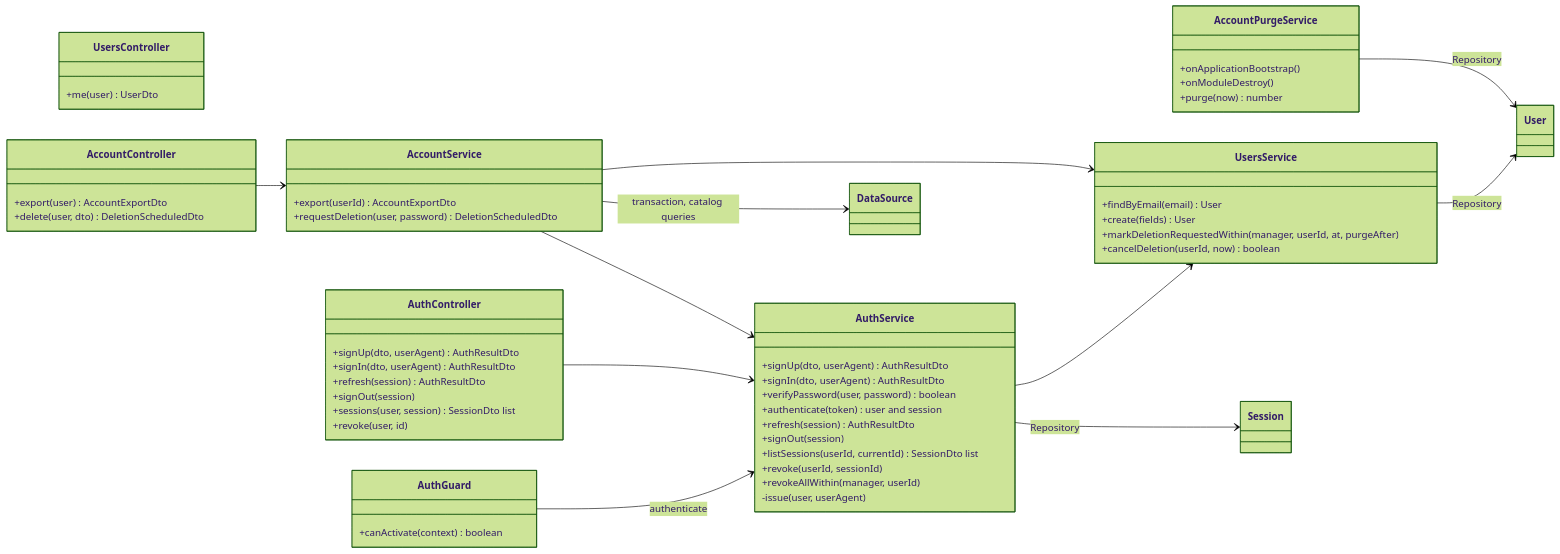
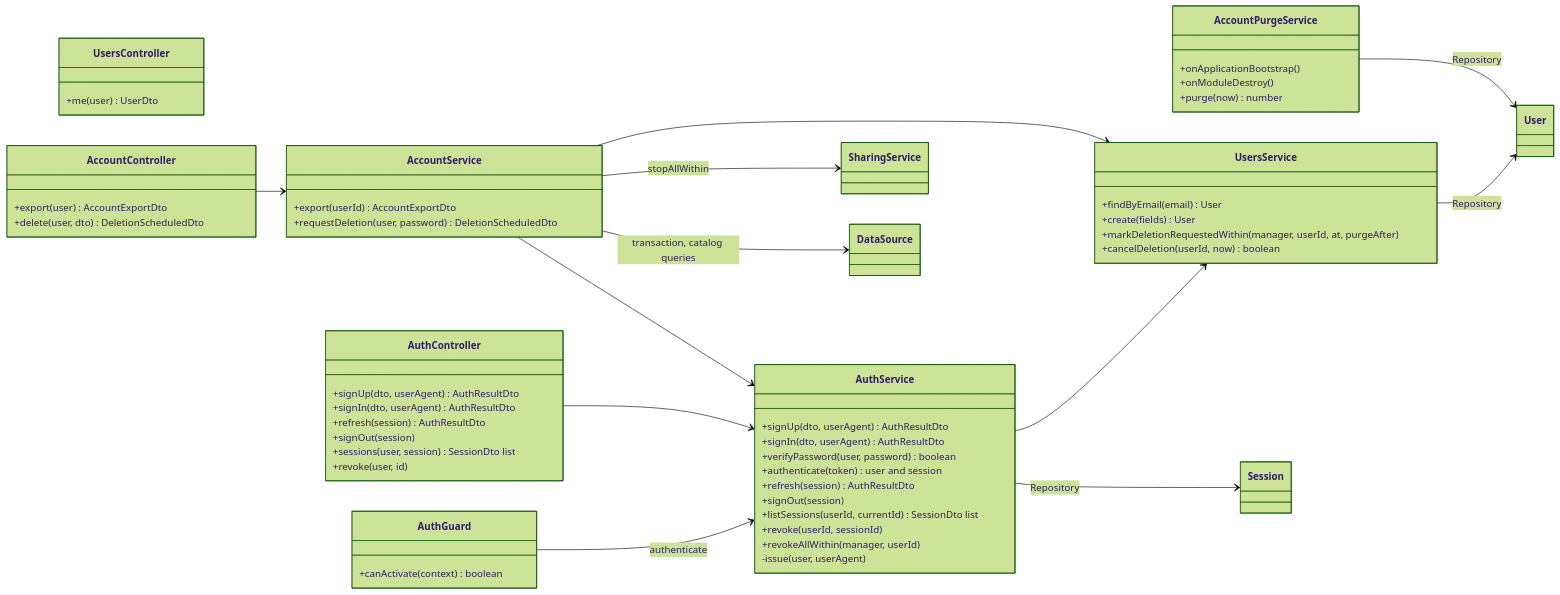
Before and after one commit to LLaammTTeerr/omnicourses: diagram 12 of 18 in docs/analysis-and-design/class-model.md, drawn with Mermaid (forest theme). The commit also changed other lines of this file and 244 other files, not shown here.

````diff
--- a/docs/analysis-and-design/class-model.md
+++ b/docs/analysis-and-design/class-model.md
@@ -846,62 +846,64 @@
 ```mermaid
 classDiagram
     direction LR
     class AuthGuard {
         +canActivate(context) boolean
     }
     class AuthController {
         +signUp(dto, userAgent) AuthResultDto
         +signIn(dto, userAgent) AuthResultDto
         +refresh(session) AuthResultDto
         +signOut(session)
         +sessions(user, session) SessionDto list
         +revoke(user, id)
     }
     class AuthService {
         +signUp(dto, userAgent) AuthResultDto
         +signIn(dto, userAgent) AuthResultDto
         +verifyPassword(user, password) boolean
         +authenticate(token) user and session
         +refresh(session) AuthResultDto
         +signOut(session)
         +listSessions(userId, currentId) SessionDto list
         +revoke(userId, sessionId)
         +revokeAllWithin(manager, userId)
         -issue(user, userAgent)
     }
     class UsersController {
         +me(user) UserDto
     }
     class UsersService {
         +findByEmail(email) User
         +create(fields) User
         +markDeletionRequestedWithin(manager, userId, at, purgeAfter)
         +cancelDeletion(userId, now) boolean
     }
     class AccountController {
         +export(user) AccountExportDto
         +delete(user, dto) DeletionScheduledDto
     }
     class AccountService {
         +export(userId) AccountExportDto
         +requestDeletion(user, password) DeletionScheduledDto
     }
     class AccountPurgeService {
         +onApplicationBootstrap()
         +onModuleDestroy()
         +purge(now) number
     }
     AuthGuard --> AuthService : authenticate
     AuthController --> AuthService
     AuthService --> UsersService
     AuthService --> Session : Repository
     UsersService --> User : Repository
     AccountController --> AccountService
     AccountService --> UsersService
     AccountService --> AuthService
+    AccountService --> SharingService : stopAllWithin
     AccountService --> DataSource : transaction, catalog queries
     AccountPurgeService --> User : Repository
     class Session
     class User
+    class SharingService
     class DataSource
 ```
````
